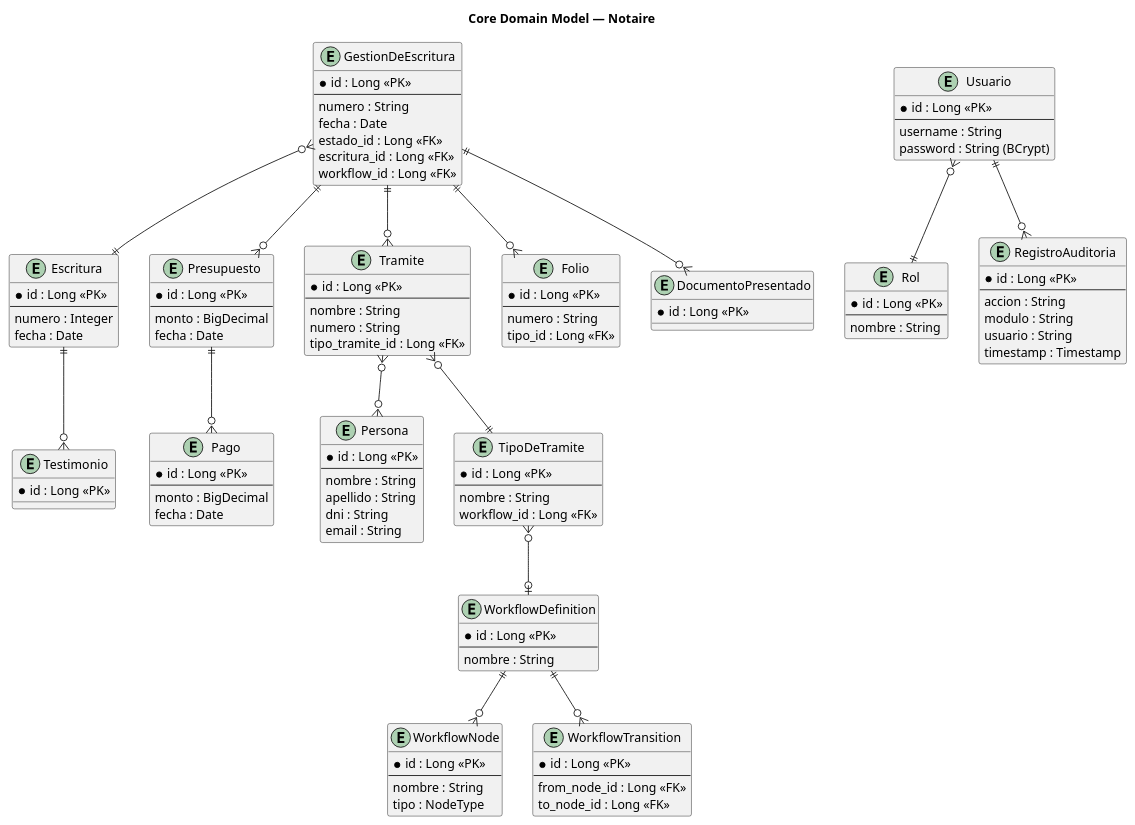
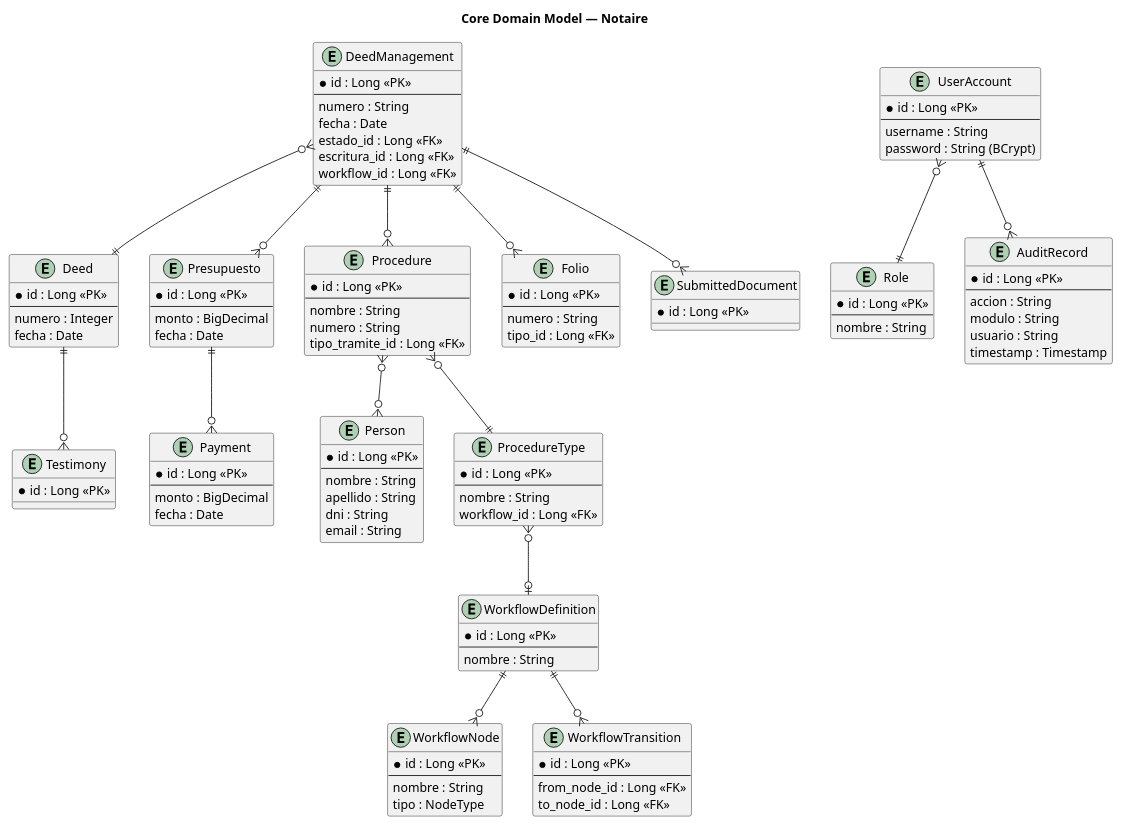
The seventh of 13 diagrams in docs/200-architecture/201-SAD/sad.md (matiaspakua/notaire), drawn with PlantUML before and after one commit. The commit also changed other lines of this file and 1203 other files, not shown here.

```diff
--- a/docs/200-architecture/201-SAD/sad.md
+++ b/docs/200-architecture/201-SAD/sad.md
@@ -482,7 +482,7 @@
 @startuml
 title Core Domain Model — Notaire
 
-entity "GestionDeEscritura" as gestion {
+entity "DeedManagement" as gestion {
   * id : Long <<PK>>
   --
   numero : String
@@ -492,14 +492,14 @@
   workflow_id : Long <<FK>>
 }
 
-entity "Escritura" as escritura {
+entity "Deed" as escritura {
   * id : Long <<PK>>
   --
   numero : Integer
   fecha : Date
 }
 
-entity "Persona" as persona {
+entity "Person" as persona {
   * id : Long <<PK>>
   --
   nombre : String
@@ -515,7 +515,7 @@
   fecha : Date
 }
 
-entity "Tramite" as tramite {
+entity "Procedure" as tramite {
   * id : Long <<PK>>
   --
   nombre : String
@@ -523,7 +523,7 @@
   tipo_tramite_id : Long <<FK>>
 }
 
-entity "TipoDeTramite" as tipoTramite {
+entity "ProcedureType" as tipoTramite {
   * id : Long <<PK>>
   --
   nombre : String
@@ -537,35 +537,35 @@
   tipo_id : Long <<FK>>
 }
 
-entity "Pago" as pago {
+entity "Payment" as pago {
   * id : Long <<PK>>
   --
   monto : BigDecimal
   fecha : Date
 }
 
-entity "Testimonio" as testimonio {
+entity "Testimony" as testimonio {
   * id : Long <<PK>>
 }
 
-entity "DocumentoPresentado" as doc {
+entity "SubmittedDocument" as doc {
   * id : Long <<PK>>
 }
 
-entity "Usuario" as usuario {
+entity "UserAccount" as usuario {
   * id : Long <<PK>>
   --
   username : String
   password : String (BCrypt)
 }
 
-entity "Rol" as rol {
+entity "Role" as rol {
   * id : Long <<PK>>
   --
   nombre : String
 }
 
-entity "RegistroAuditoria" as audit {
+entity "AuditRecord" as audit {
   * id : Long <<PK>>
   --
   accion : String
```
